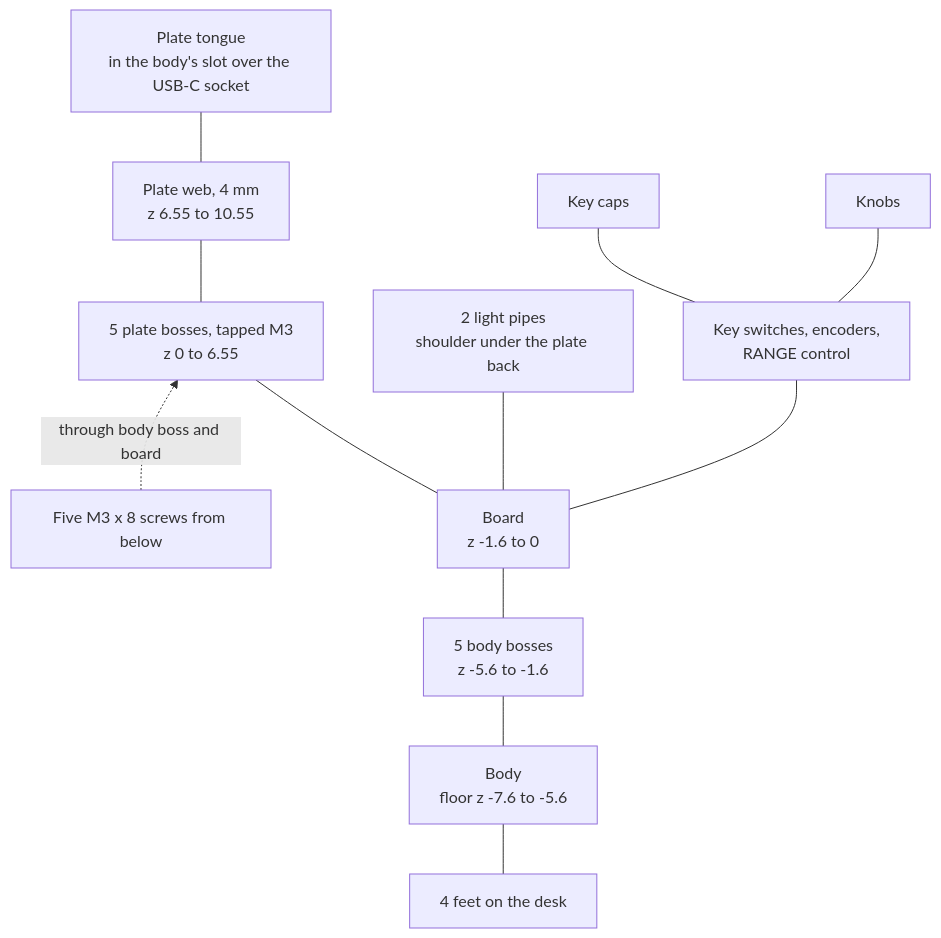
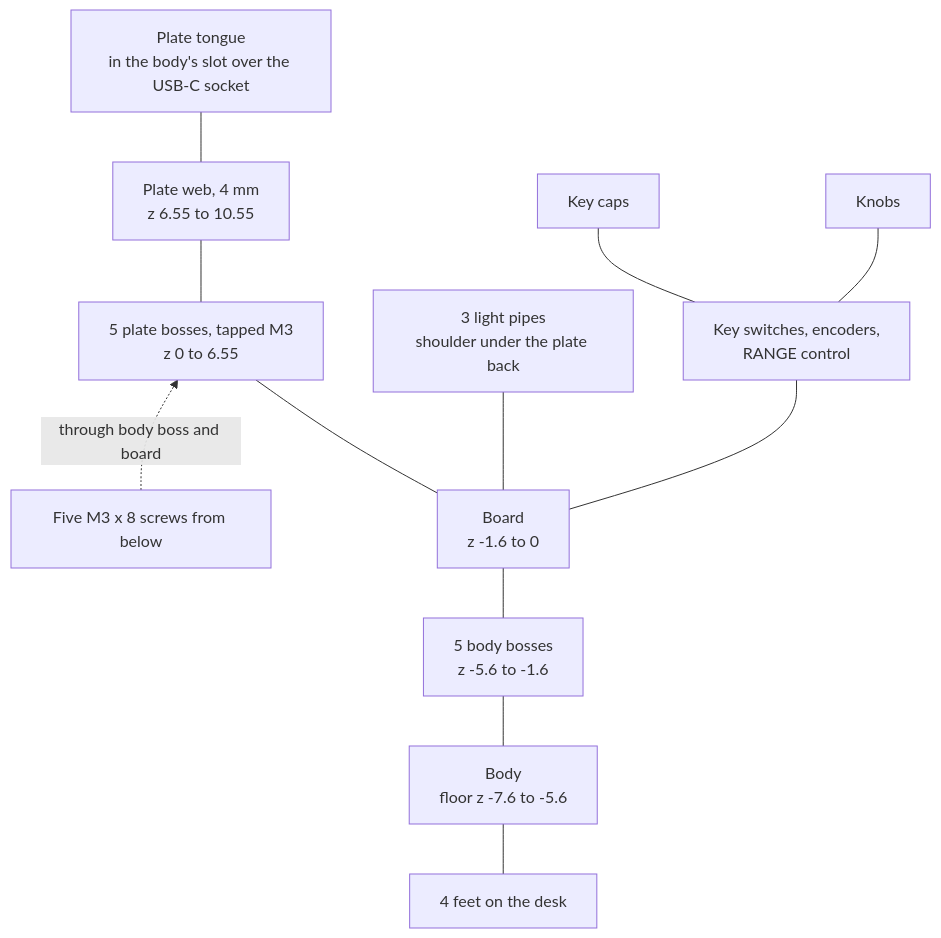
One commit to saschagrunert/avionics-panel changed the diagram in docs/architecture/mechanics.md. Above: the diagram before and after it, drawn with Mermaid. The commit also changed other lines of this file and 59 other files, not shown here.

````diff
--- a/docs/architecture/mechanics.md
+++ b/docs/architecture/mechanics.md
@@ -26,14 +26,14 @@
 ```mermaid
 flowchart BT
   feet["4 feet on the desk"] --- body["Body<br>floor z -7.6 to -5.6"]
   body --- bboss["5 body bosses<br>z -5.6 to -1.6"]
   bboss --- pcb["Board<br>z -1.6 to 0"]
   pcb --- pboss["5 plate bosses, tapped M3<br>z 0 to 6.55"]
   pboss --- web["Plate web, 4 mm<br>z 6.55 to 10.55"]
   web --- tongue["Plate tongue<br>in the body's slot over the USB-C socket"]
-  pcb --- pipes["2 light pipes<br>shoulder under the plate back"]
+  pcb --- pipes["3 light pipes<br>shoulder under the plate back"]
   pcb --- parts["Key switches, encoders,<br>RANGE control"]
   parts --- caps["Key caps"]
   parts --- knobs["Knobs"]
   screws["Five M3 x 8 screws from below"] -. "through body boss and board" .-> pboss
 ```
````
